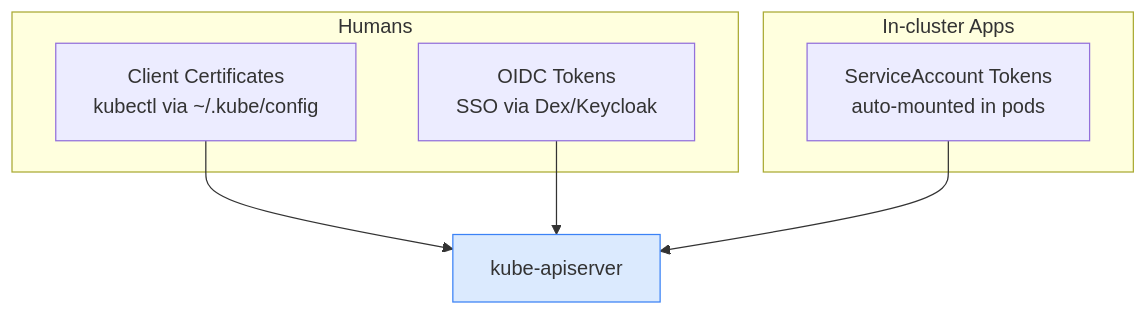
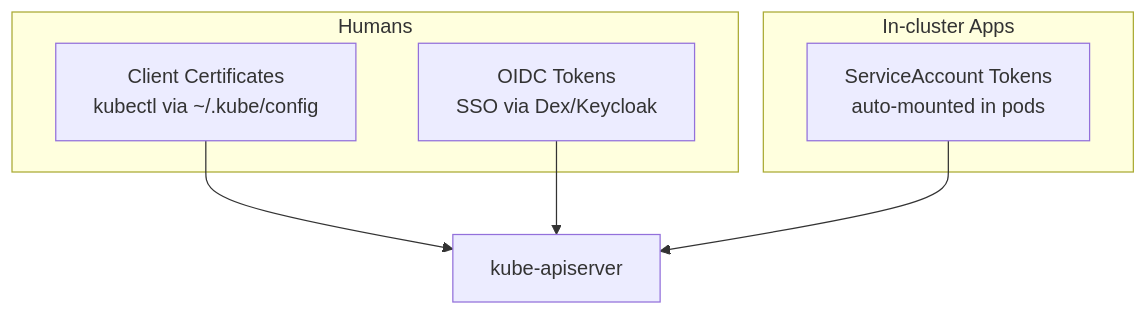
One commit to Gautam4424/k8slearn-content changed the first of 2 diagrams in content/cka/09-security-rbac-tls-psa-networkpolicy/91-authentication-kubeconfig/91-authentication-kubeconfig.md. Above: the diagram before and after it, drawn with Mermaid. The commit also changed other lines of this file and 40 other files, not shown here.

Commit message:
chore: fix mermaid style regex

````diff
--- a/content/cka/09-security-rbac-tls-psa-networkpolicy/91-authentication-kubeconfig/91-authentication-kubeconfig.md
+++ b/content/cka/09-security-rbac-tls-psa-networkpolicy/91-authentication-kubeconfig/91-authentication-kubeconfig.md
@@ -19,13 +19,12 @@
 ```mermaid
 flowchart TD
     subgraph HUMANS["Humans"]
         H1["Client Certificates\nkubectl via ~/.kube/config"]
         H2["OIDC Tokens\nSSO via Dex/Keycloak"]
     end
     subgraph MACHINES["In-cluster Apps"]
         M1["ServiceAccount Tokens\nauto-mounted in pods"]
     end
     API["kube-apiserver"]
     H1 & H2 & M1 --> API
-    style API fill:#dbeafe,stroke:#3b82f6
 ```
````
